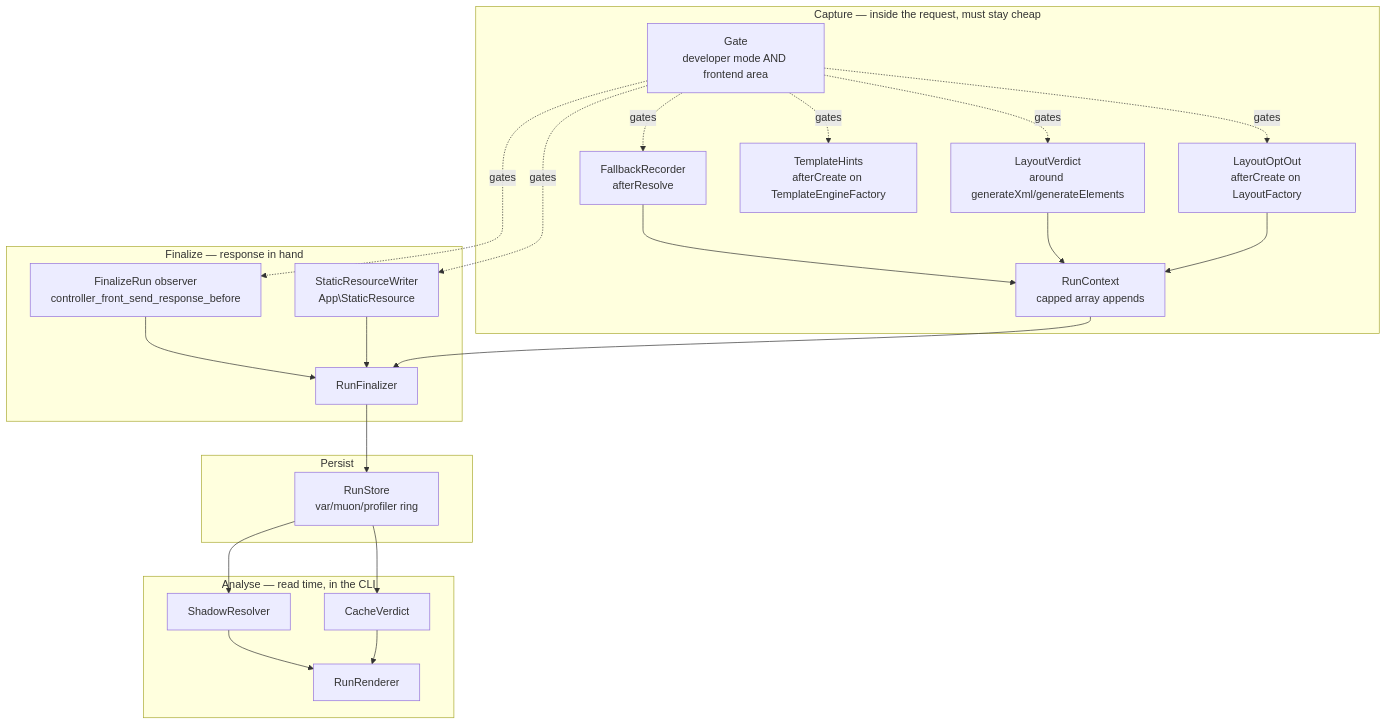
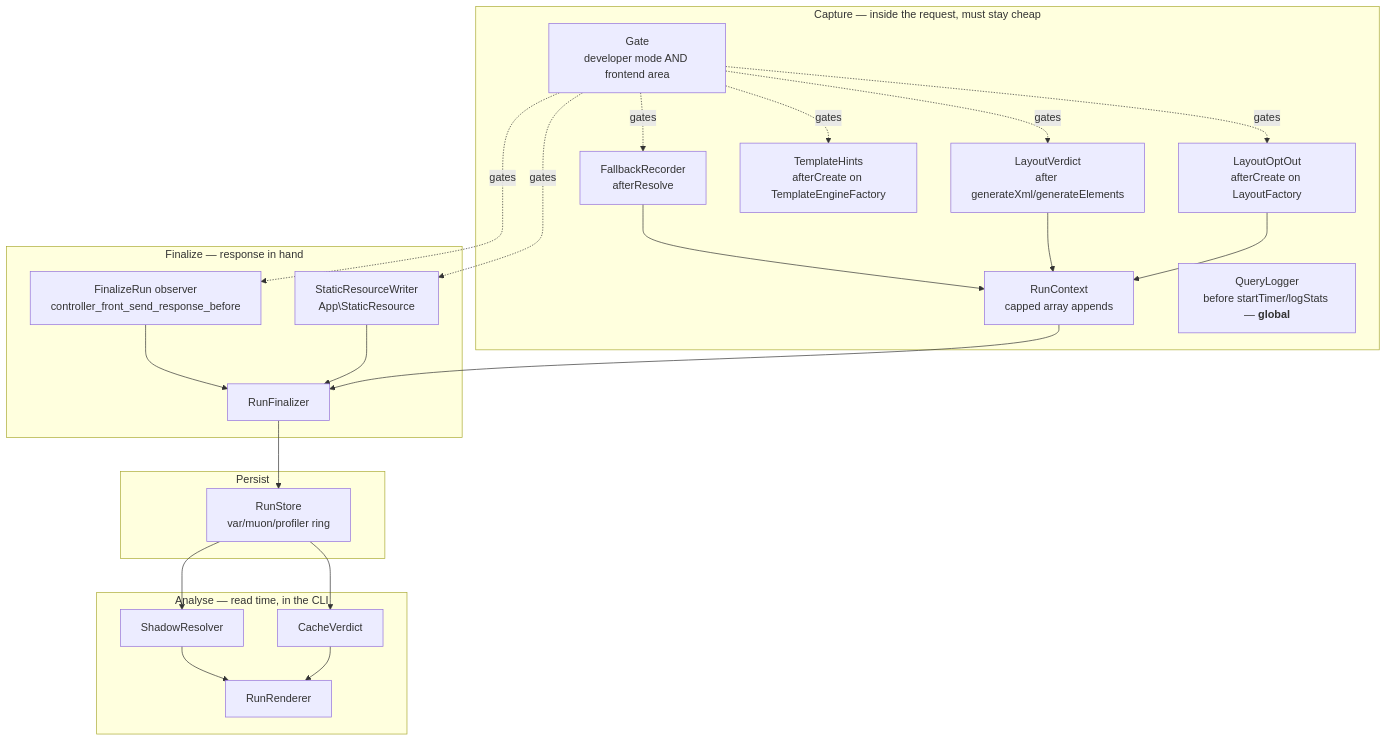
The diagram in docs/technical-reference.md (muon-m2/magento2-module-dev-profiler), drawn with Mermaid before and after one commit. The commit also changed other lines of this file and 33 other files, not shown here.

````diff
--- a/docs/technical-reference.md
+++ b/docs/technical-reference.md
@@ -11,37 +11,38 @@
 ```mermaid
 graph TD
     subgraph Capture["Capture — inside the request, must stay cheap"]
         G[Gate<br/>developer mode AND frontend area]
         RC[RunContext<br/>capped array appends]
         FR[FallbackRecorder<br/>afterResolve]
-        LV[LayoutVerdict<br/>around generateXml/generateElements]
+        LV[LayoutVerdict<br/>after generateXml/generateElements]
+        QL[QueryLogger<br/>before startTimer/logStats — <b>global</b>]
         LO[LayoutOptOut<br/>afterCreate on LayoutFactory]
         TH[TemplateHints<br/>afterCreate on TemplateEngineFactory]
     end
     subgraph Finalize["Finalize — response in hand"]
         RW[FinalizeRun observer<br/>controller_front_send_response_before]
         SRW[StaticResourceWriter<br/>App\StaticResource]
         RF[RunFinalizer]
     end
     subgraph Persist
         RS[RunStore<br/>var/muon/profiler ring]
     end
     subgraph Analyse["Analyse — read time, in the CLI"]
         SR[ShadowResolver]
         CV[CacheVerdict]
         RR[RunRenderer]
     end
 
     FR --> RC
     LV --> RC
     LO --> RC
     G -.gates.-> FR & LV & LO & TH & RW & SRW
     RW --> RF
     SRW --> RF
     RC --> RF
     RF --> RS
     RS --> SR
     RS --> CV
     SR --> RR
     CV --> RR
 ```
````
